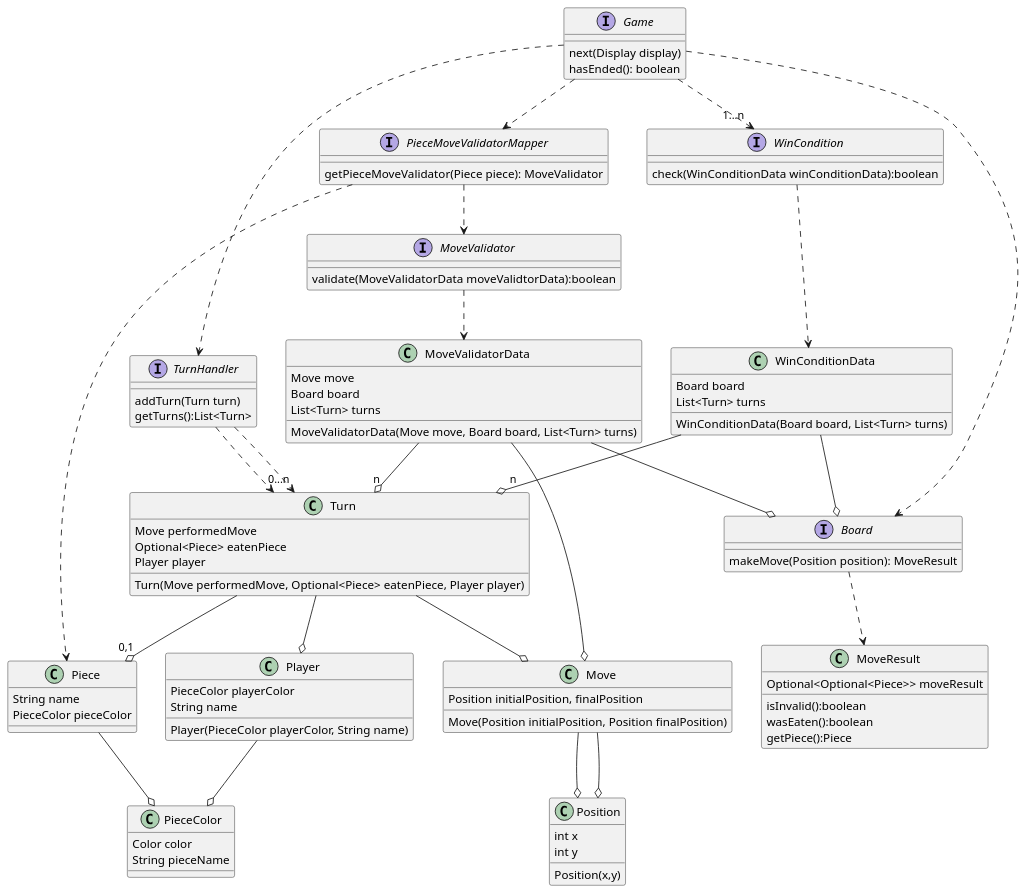
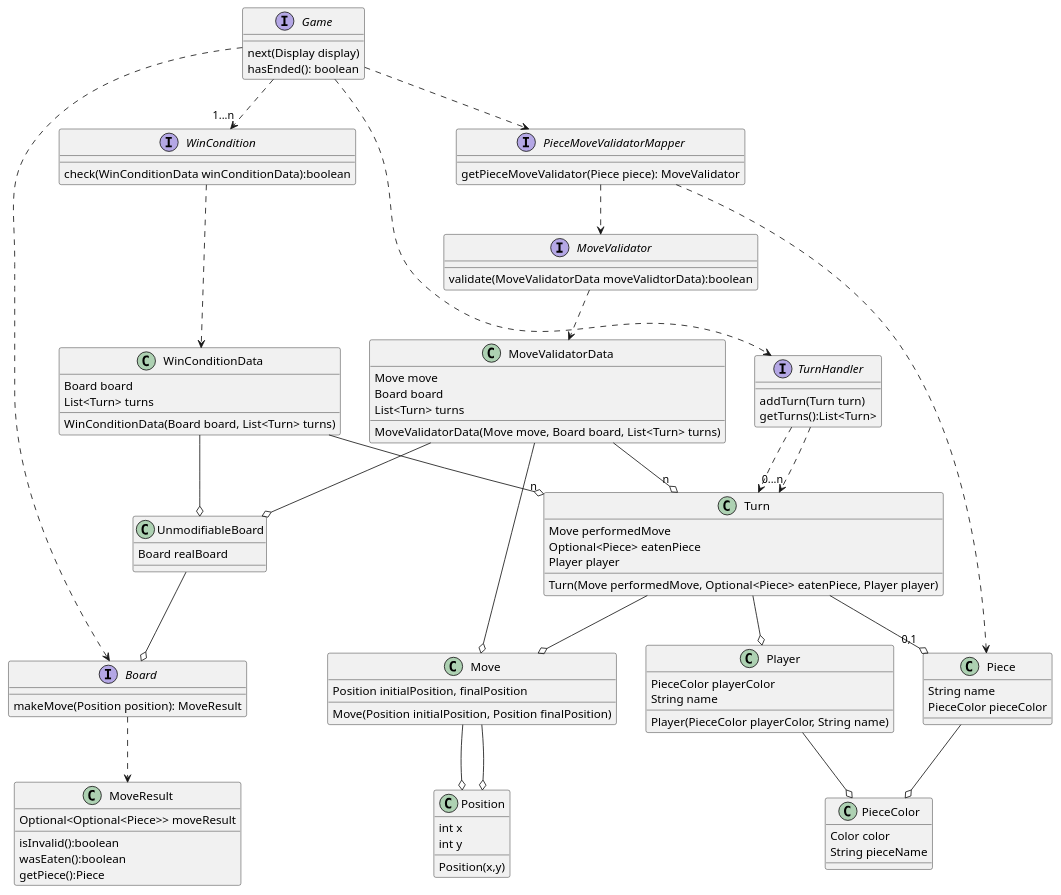
Before and after one commit to jalopbauer/chess: the diagram in class_diagram.puml, drawn with PlantUML.

Commit message:
Proxied Board for no modification

```diff
--- a/class_diagram.puml
+++ b/class_diagram.puml
@@ -1,113 +1,118 @@
 @startuml Chess
 
 class Position
 Position : int x
 Position : int y
 ' Methods
 Position : Position(x,y)
 
 class Move
 Move : Position initialPosition, finalPosition
 ' Methods
 Move : Move(Position initialPosition, Position finalPosition)
 ' Relationships
 Move --o Position
 Move --o Position
 
 class MoveValidatorData
 MoveValidatorData : Move move
 MoveValidatorData : Board board
 MoveValidatorData : List<Turn> turns
 ' Methods
 MoveValidatorData : MoveValidatorData(Move move, Board board, List<Turn> turns)
 ' Relationships
 MoveValidatorData --o Move
-MoveValidatorData --o Board
+MoveValidatorData --o UnmodifiableBoard
 MoveValidatorData --o "n" Turn
 
 class WinConditionData
 WinConditionData : Board board
 WinConditionData : List<Turn> turns
 ' Methods
 WinConditionData : WinConditionData(Board board, List<Turn> turns)
 ' Relationships
-WinConditionData --o Board
+WinConditionData --o UnmodifiableBoard
 WinConditionData --o "n" Turn
 
 class Turn
 Turn : Move performedMove
 Turn : Optional<Piece> eatenPiece
 Turn : Player player
 ' Methods
 Turn : Turn(Move performedMove, Optional<Piece> eatenPiece, Player player)
 ' Relationships
 Turn --o Move
 Turn --o "0,1" Piece
 Turn --o Player
 
 class Player
 Player : PieceColor playerColor
 Player : String name
 ' Methods
 Player : Player(PieceColor playerColor, String name)
 ' Relationships
 Player --o PieceColor
 
 class PieceColor
 PieceColor : Color color
 PieceColor : String pieceName
+
+
+class UnmodifiableBoard
+UnmodifiableBoard : Board realBoard
+UnmodifiableBoard --o Board
 
 class Piece
 Piece : String name
 Piece : PieceColor pieceColor
 ' Relationships
 Piece --o PieceColor
 
 ' No me gusta, cambiar
 class MoveResult
 MoveResult : Optional<Optional<Piece>> moveResult
 MoveResult : isInvalid():boolean
 MoveResult : wasEaten():boolean
 MoveResult : getPiece():Piece
 
 interface MoveValidator
 MoveValidator : validate(MoveValidatorData moveValidtorData):boolean
 ' Relationships
 MoveValidator ..> MoveValidatorData
 
 interface Board
 Board : makeMove(Position position): MoveResult
 ' Relationships
 Board ..> MoveResult
 
 interface WinCondition
 WinCondition : check(WinConditionData winConditionData):boolean
 ' Relationships
 WinCondition ..> WinConditionData
 
 interface PieceMoveValidatorMapper
 PieceMoveValidatorMapper : getPieceMoveValidator(Piece piece): MoveValidator
 ' Relationships
 PieceMoveValidatorMapper ..> Piece
 PieceMoveValidatorMapper ..> MoveValidator
 
 interface TurnHandler
 TurnHandler : addTurn(Turn turn)
 TurnHandler : getTurns():List<Turn>
 ' Relationships
 TurnHandler ..> Turn
 TurnHandler ..> "0...n" Turn
 
 interface Game
 Game : next(Display display)
 Game : hasEnded(): boolean
 ' Relationships
 Game ..> TurnHandler
 Game ..> PieceMoveValidatorMapper
 Game ..> Board
 Game ..> "1...n" WinCondition
 
 ' Se llaman movement restrictions
 ' Las win conditions siempre van a usar WinConditionData y nunca va a cambiar. Pasar un puntero pero que no lo pueda editar maybe mejor?
 ' MoveValidatorData los mismo ue arriba peeero el move si cambia entonces eso si pasar por el metodo?
 @enduml
```
